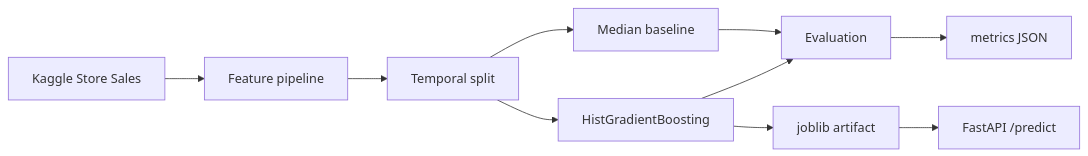
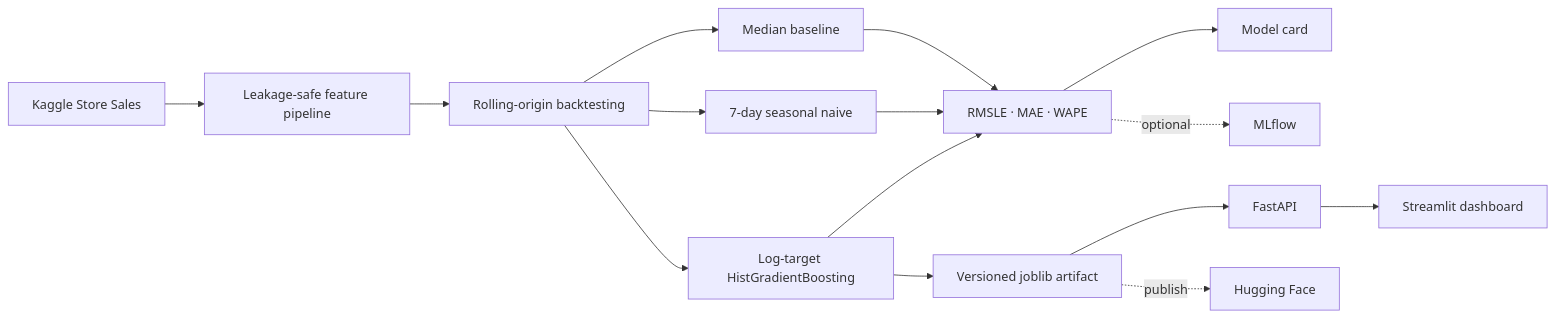
Before and after one commit to Cassio327/fooddemand-ai: the diagram in docs/architecture.md, drawn with Mermaid. The commit also changed other lines of this file and 35 other files, not shown here.

````diff
--- a/docs/architecture.md
+++ b/docs/architecture.md
@@ -3,12 +3,17 @@
 ```mermaid
 flowchart LR
-    K[Kaggle Store Sales] --> F[Feature pipeline]
-    F --> T[Temporal split]
-    T --> B[Median baseline]
-    T --> M[HistGradientBoosting]
-    B --> E[Evaluation]
-    M --> E
-    E --> R[metrics JSON]
-    M --> A[joblib artifact]
-    A --> API[FastAPI /predict]
+    K["Kaggle Store Sales"] --> E["Leakage-safe feature pipeline"]
+    E --> BT["Rolling-origin backtesting"]
+    BT --> B1["Median baseline"]
+    BT --> B2["7-day seasonal naive"]
+    BT --> ML["Log-target HistGradientBoosting"]
+    B1 --> R["RMSLE · MAE · WAPE"]
+    B2 --> R
+    ML --> R
+    ML --> A["Versioned joblib artifact"]
+    R --> MC["Model card"]
+    A --> API["FastAPI"]
+    API --> UI["Streamlit dashboard"]
+    R -. optional .-> MF["MLflow"]
+    A -. publish .-> HF["Hugging Face"]
 ```
````
